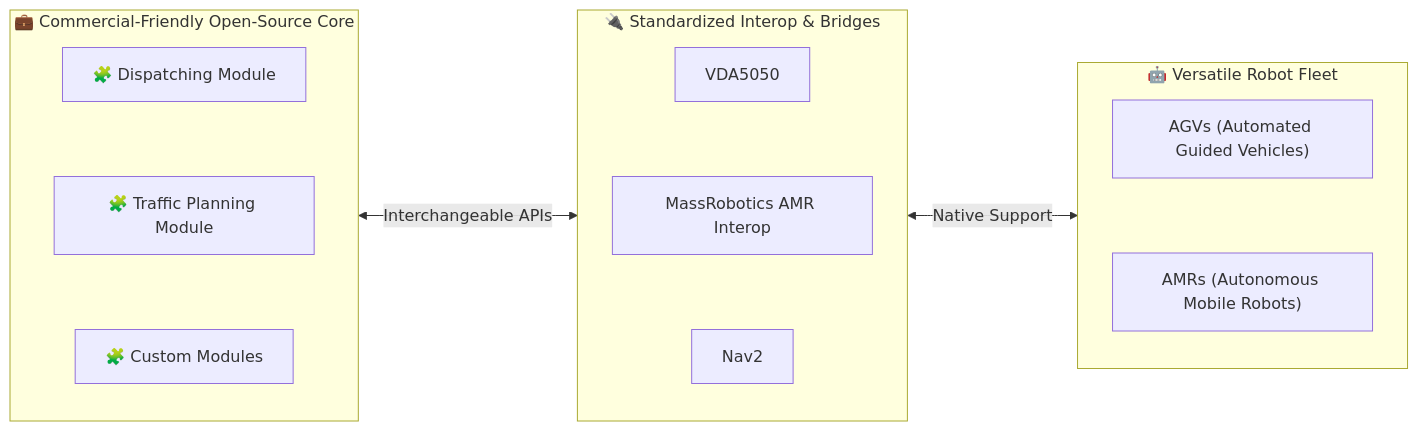
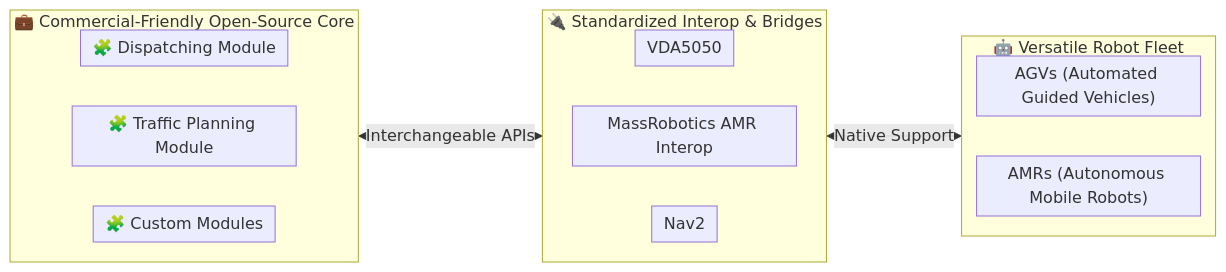
Before and after one commit to cardboardcode/ngp_docs: the diagram in 9403fb1/index.md, drawn with Mermaid. The commit also changed 5 other files, not shown here.

Commit message:
:heavy_plus_sign: :blue_book: :hammer: Populate architecture documentation with sub-pages, update build instructions, and compact index diagram

````diff
--- a/9403fb1/index.md
+++ b/9403fb1/index.md
@@ -14,20 +14,21 @@
 ```mermaid
+%%{init: {"flowchart": {"nodeSpacing": 10, "rankSpacing": 15, "padding": 6}, "themeCSS": ".cluster-label div { max-width: 300px !important; } .cluster-label span, .node .nodeLabel { font-size: 12.5px !important; }"}}%%
 flowchart LR
     subgraph Core["💼 Commercial-Friendly Open-Source Core"]
         direction TB
         Mod1["🧩 Dispatching Module"] ~~~ Mod2["🧩 Traffic Planning Module"] ~~~ Mod3["🧩 Custom Modules"]
     end
 
     subgraph Standards["🔌 Standardized Interop & Bridges"]
         direction TB
         S1["VDA5050"] ~~~ S2["MassRobotics AMR Interop"] ~~~ S3["Nav2"]
     end
 
     subgraph Fleet["🤖 Versatile Robot Fleet"]
         direction TB
         R1["AGVs (Automated Guided Vehicles)"] ~~~ R2["AMRs (Autonomous Mobile Robots)"]
     end
 
     Core <-->|"Interchangeable APIs"| Standards
     Standards <-->|"Native Support"| Fleet
 ```
````
